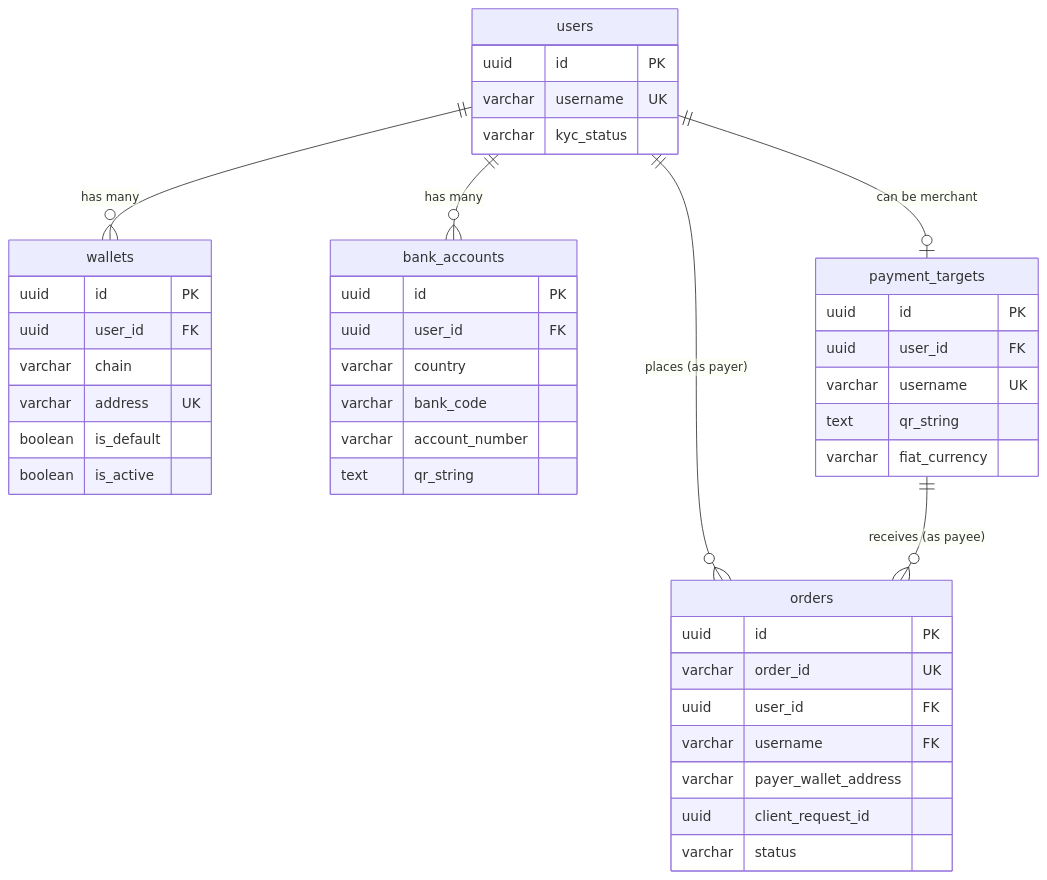
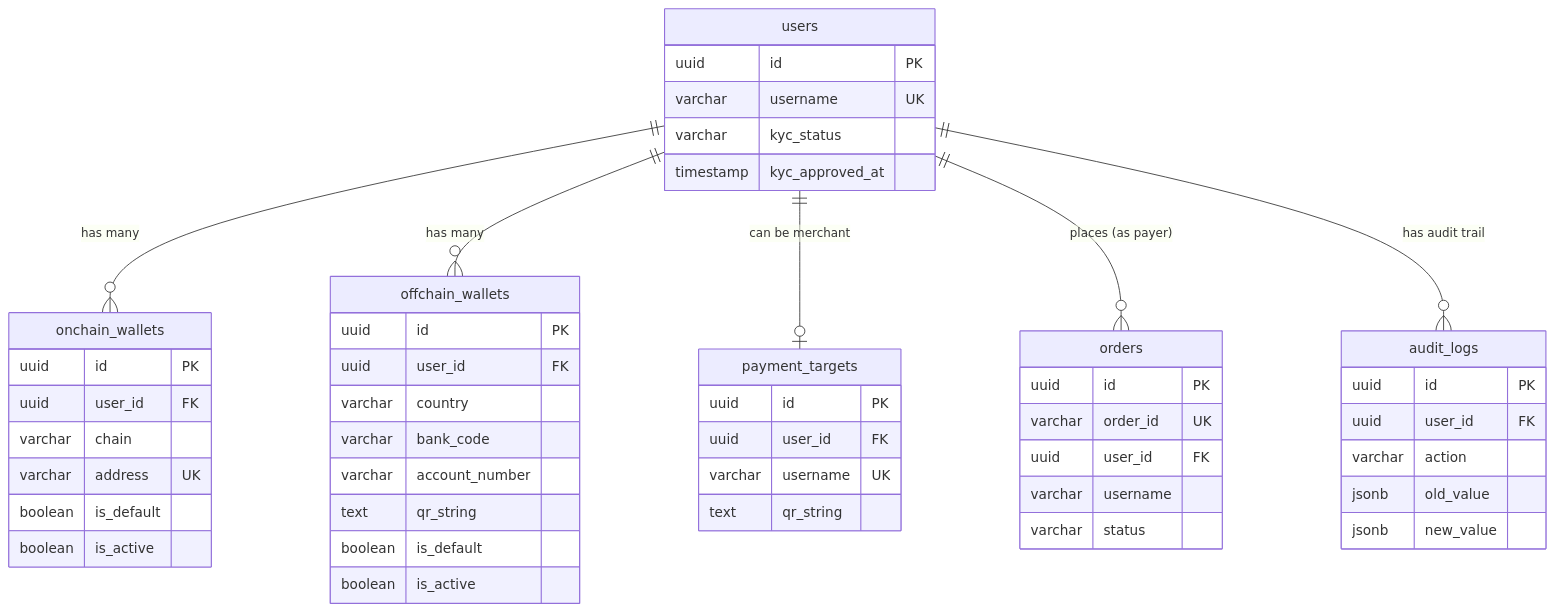
Before and after one commit to PayTaskdz/Sui-Payment: the diagram in requirement-linked.md, drawn with Mermaid. The commit also changed other lines of this file, not shown here.

Commit message:
Update identity and wallet management requirements, enhancing KYC processes and linking logic for onchain and offchain wallets in SUI payment infrastructure.

````diff
--- a/requirement-linked.md
+++ b/requirement-linked.md
@@ -730,55 +1078,58 @@
 ```mermaid
 erDiagram
-    users ||--o{ wallets : "has many"
-    users ||--o{ bank_accounts : "has many"
+    users ||--o{ onchain_wallets : "has many"
+    users ||--o{ offchain_wallets : "has many"
     users ||--o| payment_targets : "can be merchant"
     users ||--o{ orders : "places (as payer)"
-    payment_targets ||--o{ orders : "receives (as payee)"
-
+    users ||--o{ audit_logs : "has audit trail"
 
     users {
         uuid id PK
         varchar username UK
         varchar kyc_status
+        timestamp kyc_approved_at
     }
 
-
-    wallets {
+    onchain_wallets {
         uuid id PK
         uuid user_id FK
         varchar chain
         varchar address UK
         boolean is_default
         boolean is_active
     }
 
-
-    bank_accounts {
+    offchain_wallets {
         uuid id PK
         uuid user_id FK
         varchar country
         varchar bank_code
         varchar account_number
         text qr_string
+        boolean is_default
+        boolean is_active
     }
-
 
     payment_targets {
         uuid id PK
         uuid user_id FK
         varchar username UK
         text qr_string
-        varchar fiat_currency
     }
-
 
     orders {
         uuid id PK
         varchar order_id UK
         uuid user_id FK
-        varchar username FK
-        varchar payer_wallet_address
-        uuid client_request_id
+        varchar username
         varchar status
     }
+    
+    audit_logs {
+        uuid id PK
+        uuid user_id FK
+        varchar action
+        jsonb old_value
+        jsonb new_value
+    }
 ```
````
